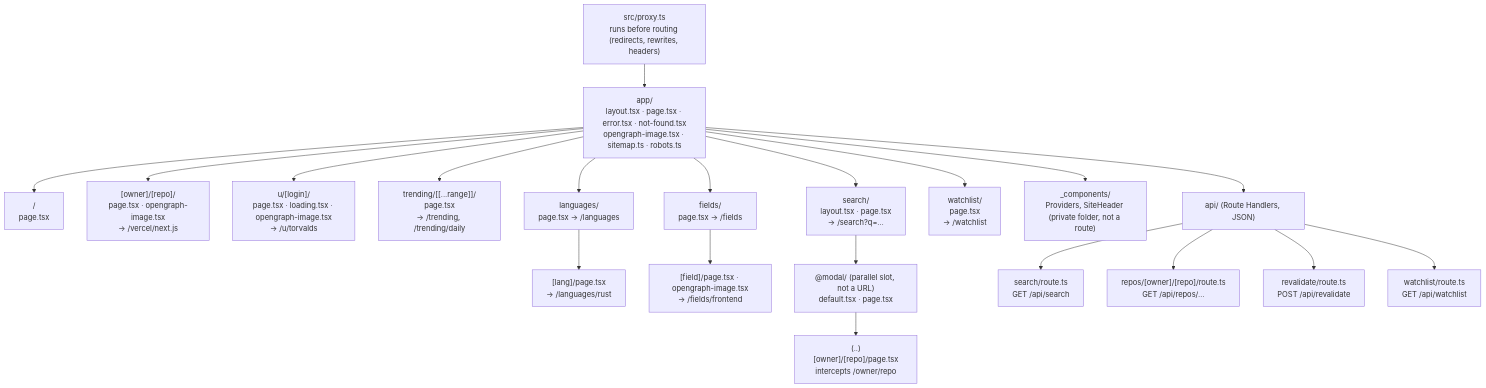
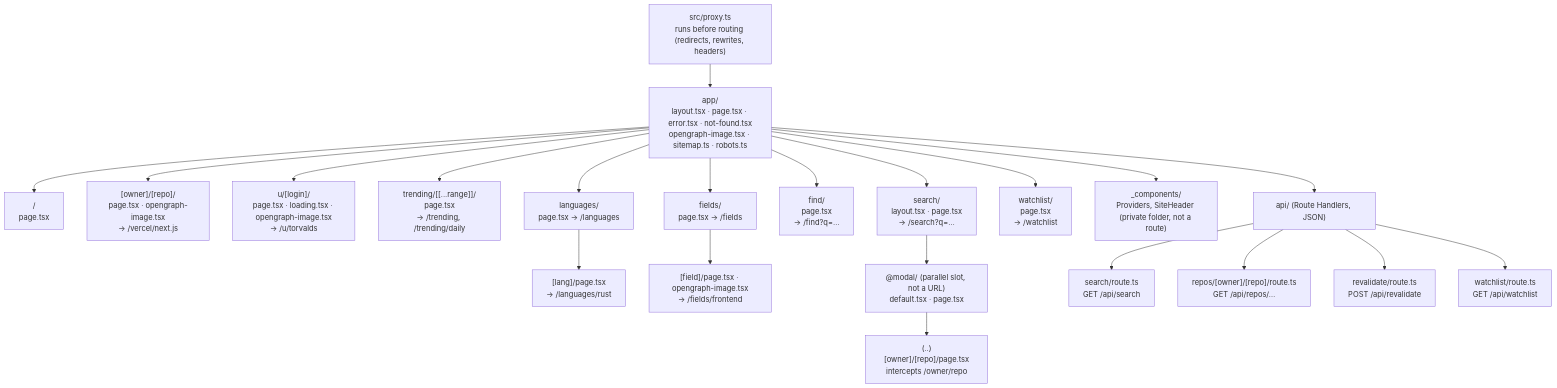
The third of 19 diagrams in docs/ARCHITECTURE.md (tarnishedMind/RepoRadar), drawn with Mermaid before and after one commit. The commit also changed other lines of this file and 28 other files, not shown here.

````diff
--- a/docs/ARCHITECTURE.md
+++ b/docs/ARCHITECTURE.md
@@ -83,24 +83,25 @@
 ```mermaid
 flowchart TD
   proxy["src/proxy.ts<br/>runs before routing (redirects, rewrites, headers)"]
   proxy --> root
   root["app/<br/>layout.tsx · page.tsx · error.tsx · not-found.tsx<br/>opengraph-image.tsx · sitemap.ts · robots.ts"]
   root --> home["/ <br/>page.tsx"]
   root --> repo["[owner]/[repo]/<br/>page.tsx · opengraph-image.tsx<br/>→ /vercel/next.js"]
   root --> user["u/[login]/<br/>page.tsx · loading.tsx · opengraph-image.tsx<br/>→ /u/torvalds"]
   root --> trending["trending/[[...range]]/<br/>page.tsx<br/>→ /trending, /trending/daily"]
   root --> langs["languages/<br/>page.tsx → /languages"]
   langs --> lang["[lang]/page.tsx<br/>→ /languages/rust"]
   root --> fields["fields/<br/>page.tsx → /fields"]
   fields --> field["[field]/page.tsx · opengraph-image.tsx<br/>→ /fields/frontend"]
+  root --> find["find/<br/>page.tsx<br/>→ /find?q=…"]
   root --> search["search/<br/>layout.tsx · page.tsx<br/>→ /search?q=…"]
   search --> modal["@modal/ (parallel slot, not a URL)<br/>default.tsx · page.tsx"]
   modal --> intercept["(..)[owner]/[repo]/page.tsx<br/>intercepts /owner/repo"]
   root --> watch["watchlist/<br/>page.tsx<br/>→ /watchlist"]
   root --> comps["_components/<br/>Providers, SiteHeader (private folder, not a route)"]
   root --> api["api/ (Route Handlers, JSON)"]
   api --> apiSearch["search/route.ts<br/>GET /api/search"]
   api --> apiRepo["repos/[owner]/[repo]/route.ts<br/>GET /api/repos/…"]
   api --> apiReval["revalidate/route.ts<br/>POST /api/revalidate"]
   api --> apiWatch["watchlist/route.ts<br/>GET /api/watchlist"]
 ```
````
